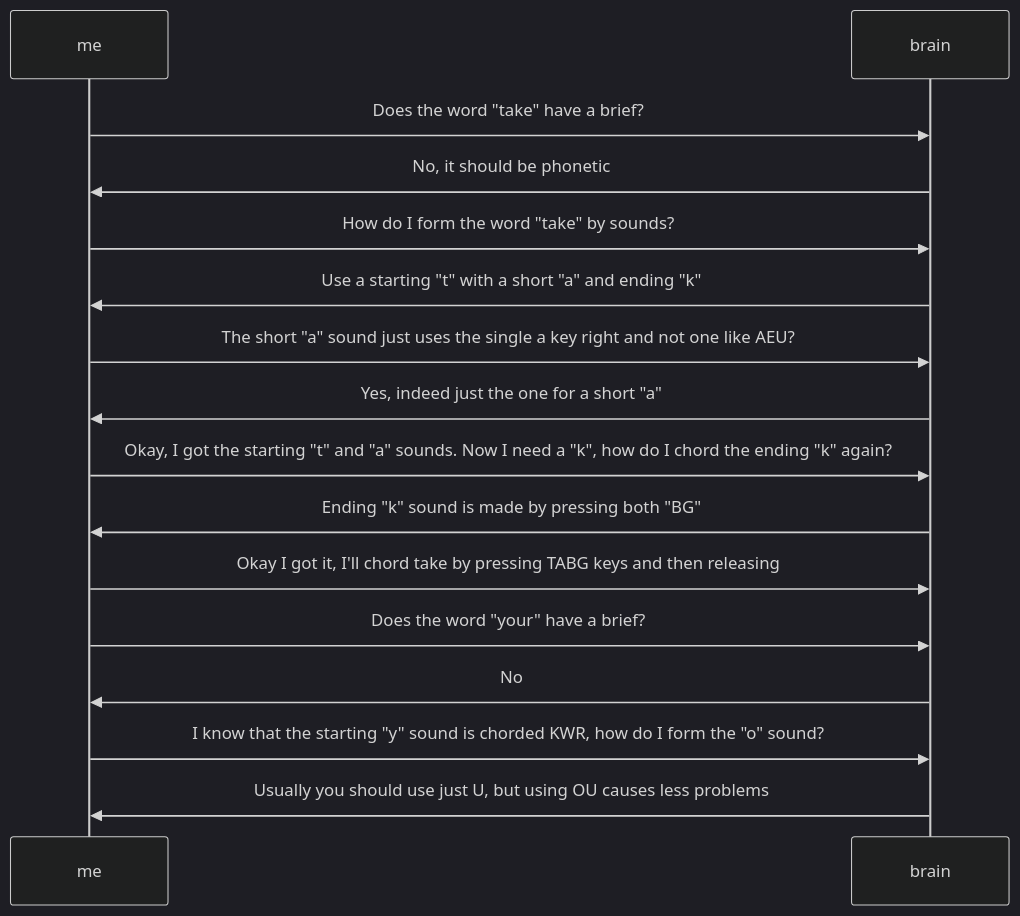
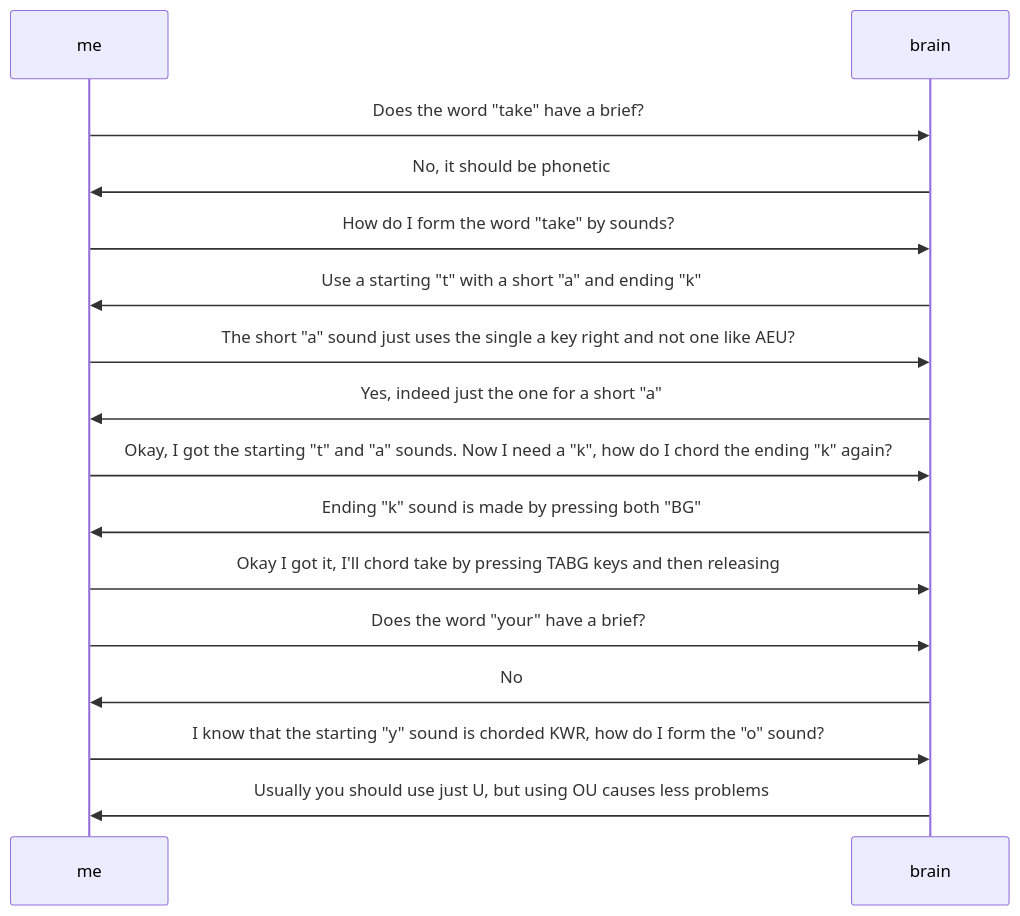
Before and after one commit to derekthecool/DereksBlogSource: the first of 2 diagrams in content/posts/My-Journey-Into-Stenography.md, drawn with Mermaid. The commit also changed other lines of this file and 6 other files, not shown here.

````diff
--- a/content/posts/My-Journey-Into-Stenography.md
+++ b/content/posts/My-Journey-Into-Stenography.md
@@ -92,19 +98,18 @@
 ```mermaid
-%%{init: {'theme':'dark'}}%%
 sequenceDiagram
 
 me ->> brain: Does the word "take" have a brief?
 brain ->> me: No, it should be phonetic
 me ->> brain: How do I form the word "take" by sounds?
 brain ->> me: Use a starting "t" with a short "a" and ending "k"
 me ->> brain: The short "a" sound just uses the single a key right and not one like AEU?
 brain ->> me: Yes, indeed just the one for a short "a"
 me ->> brain: Okay, I got the starting "t" and "a" sounds. Now I need a "k", how do I chord the ending "k" again?
 brain ->> me: Ending "k" sound is made by pressing both "BG"
 me ->> brain: Okay I got it, I'll chord take by pressing TABG keys and then releasing
 
 me ->> brain: Does the word "your" have a brief?
 brain ->> me: No
 me ->> brain: I know that the starting "y" sound is chorded KWR, how do I form the "o" sound?
 brain ->> me: Usually you should use just U, but using OU causes less problems
 ```
````
